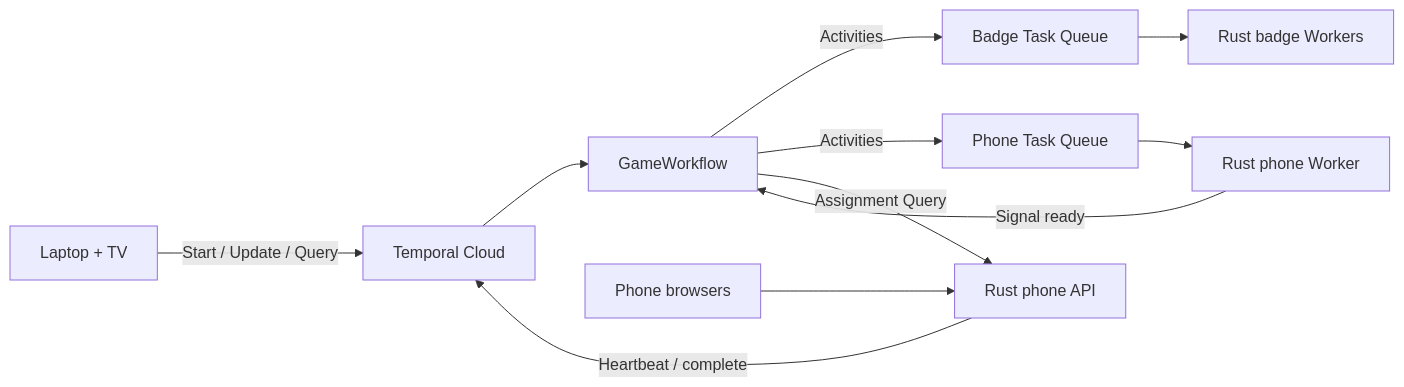
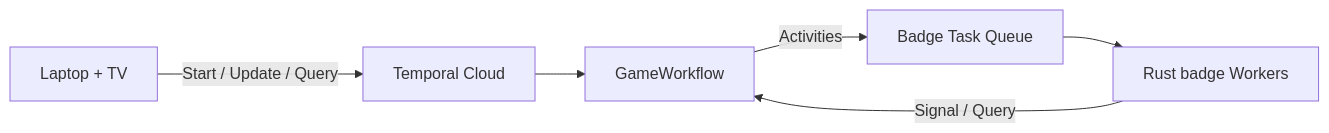
One commit to temporal-community/durable-triva changed the diagram in README.md. Above: the diagram before and after it, drawn with Mermaid. The commit also changed other lines of this file and 35 other files, not shown here.

````diff
--- a/README.md
+++ b/README.md
@@ -26,13 +26,8 @@
 ```mermaid
 flowchart LR
     TV["Laptop + TV"] -->|Start / Update / Query| Temporal["Temporal Cloud"]
     Temporal --> GameWorkflow
     GameWorkflow -->|Activities| BadgeQueue["Badge Task Queue"]
-    GameWorkflow -->|Activities| PhoneQueue["Phone Task Queue"]
     BadgeQueue --> Badges["Rust badge Workers"]
-    PhoneQueue --> PhoneWorker["Rust phone Worker"]
-    Phones["Phone browsers"] --> PhoneAPI["Rust phone API"]
-    PhoneAPI -->|Heartbeat / complete| Temporal
-    PhoneWorker -->|Signal ready| GameWorkflow
-    GameWorkflow -->|Assignment Query| PhoneAPI
+    Badges -->|Signal / Query| GameWorkflow
 ```
````
